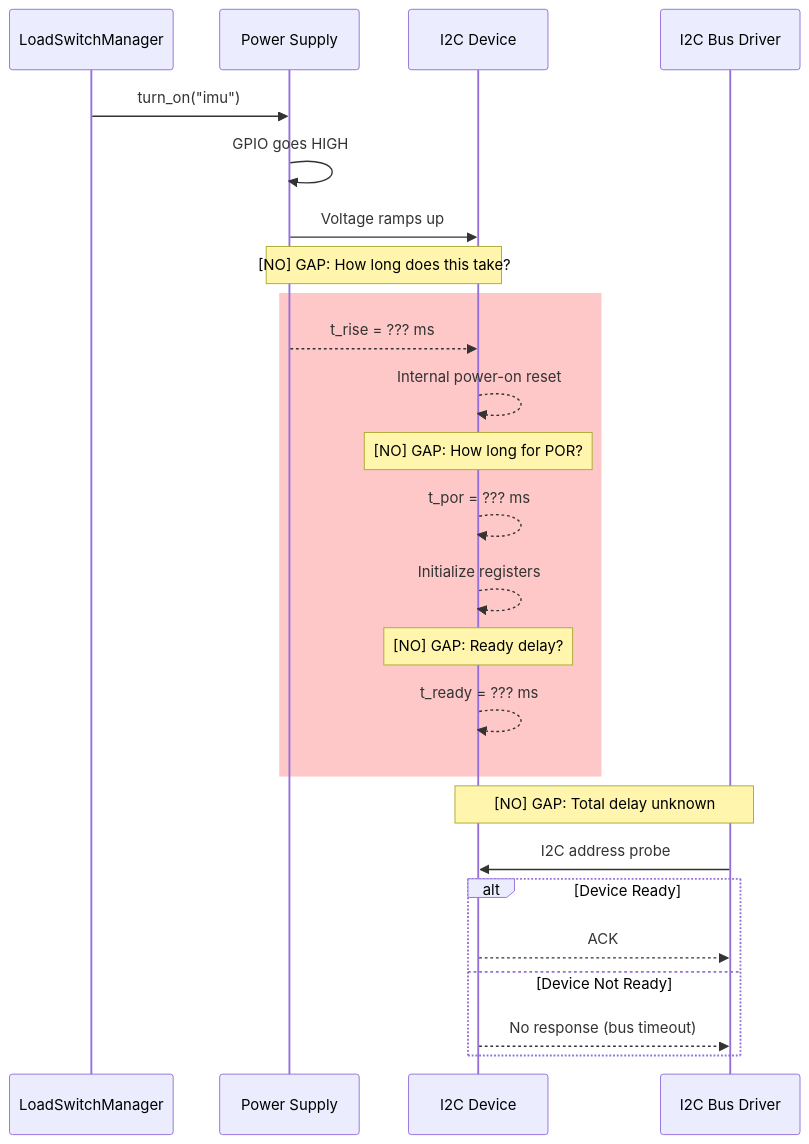
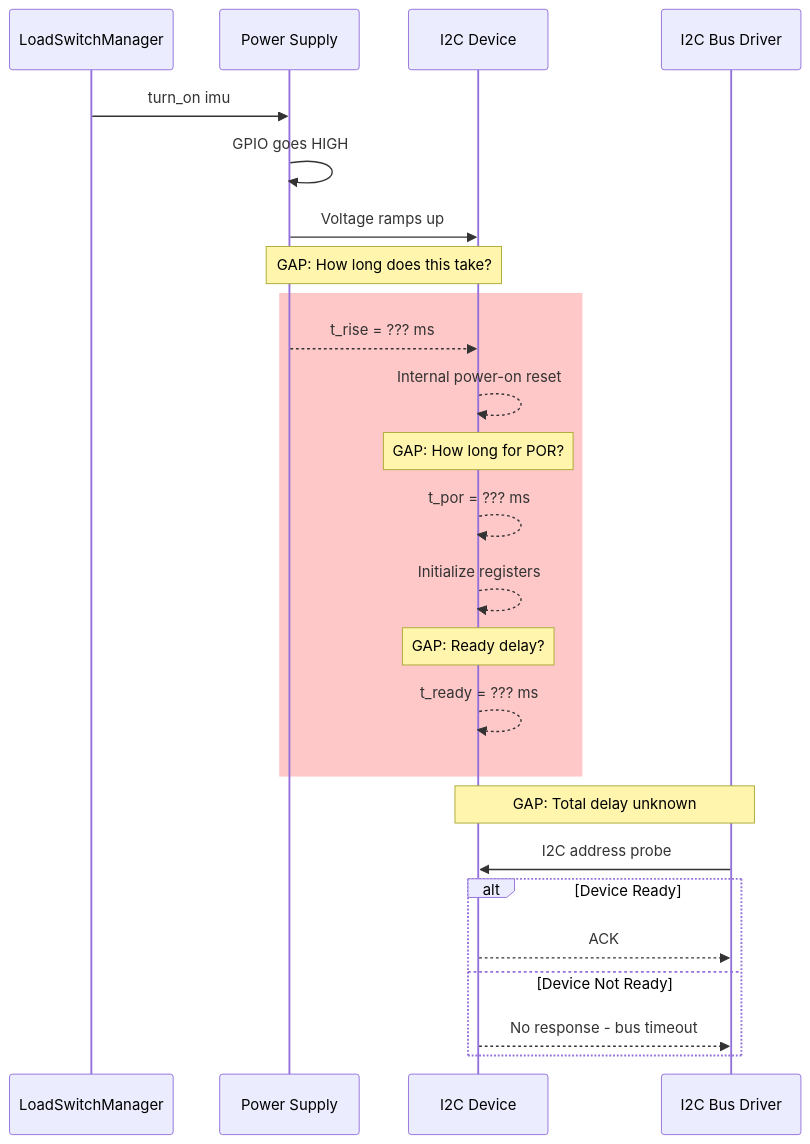
Before and after one commit to Lizo-RoadTown/PROVES_LIBRARY: the first of 9 diagrams in docs/diagrams/knowledge-gaps.md, drawn with Mermaid. The commit also changed other lines of this file and 3 other files, not shown here.

Commit message:
Fix all remaining sequence diagram syntax errors

````diff
--- a/docs/diagrams/knowledge-gaps.md
+++ b/docs/diagrams/knowledge-gaps.md
@@ -36,30 +36,30 @@
 ```mermaid
 sequenceDiagram
     participant LSM as LoadSwitchManager
     participant Power as Power Supply
     participant Device as I2C Device
     participant Driver as I2C Bus Driver
 
-    LSM->>Power: turn_on("imu")
+    LSM->>Power: turn_on imu
     Power->>Power: GPIO goes HIGH
     Power->>Device: Voltage ramps up
 
-    Note over Power,Device: [NO] GAP: How long does this take?
+    Note over Power,Device: GAP: How long does this take?
     rect rgb(255, 200, 200)
         Power-->>Device: t_rise = ??? ms
         Device-->>Device: Internal power-on reset
-        Note over Device: [NO] GAP: How long for POR?
+        Note over Device: GAP: How long for POR?
         Device-->>Device: t_por = ??? ms
         Device-->>Device: Initialize registers
-        Note over Device: [NO] GAP: Ready delay?
+        Note over Device: GAP: Ready delay?
         Device-->>Device: t_ready = ??? ms
     end
 
-    Note over Device,Driver: [NO] GAP: Total delay unknown
+    Note over Device,Driver: GAP: Total delay unknown
     Driver->>Device: I2C address probe
     alt Device Ready
         Device-->>Driver: ACK
     else Device Not Ready
-        Device-->>Driver: No response (bus timeout)
+        Device-->>Driver: No response - bus timeout
     end
 ```
````
